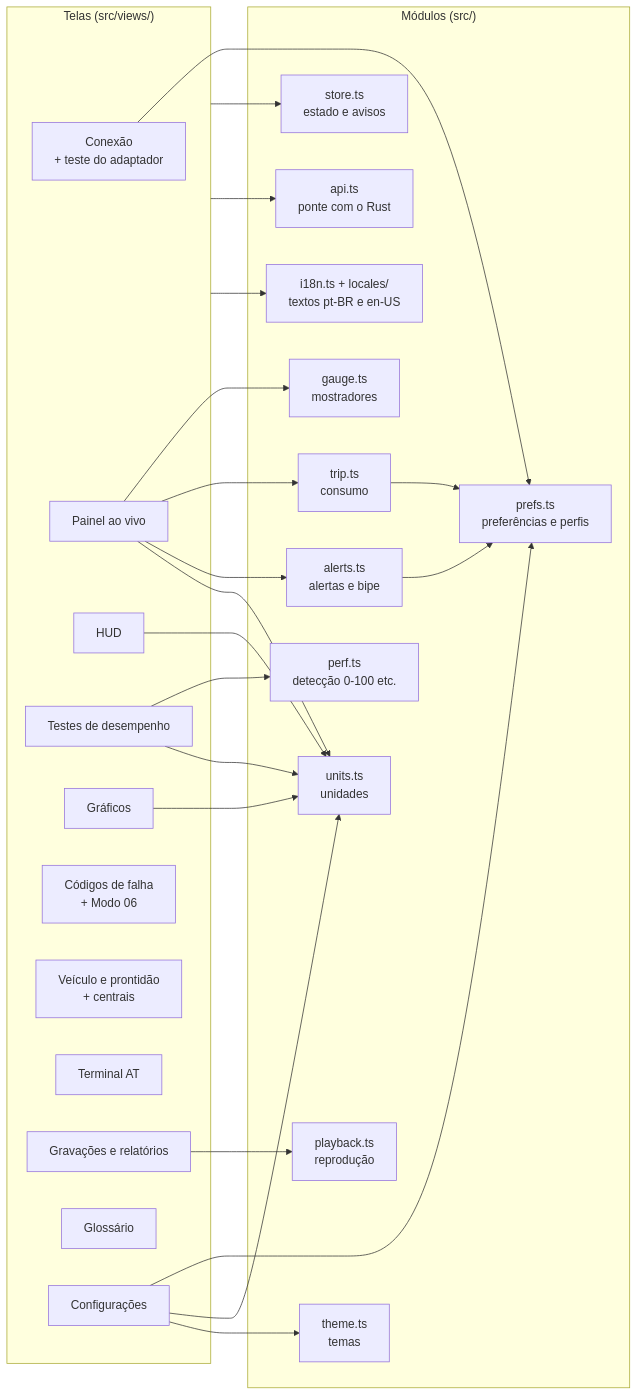
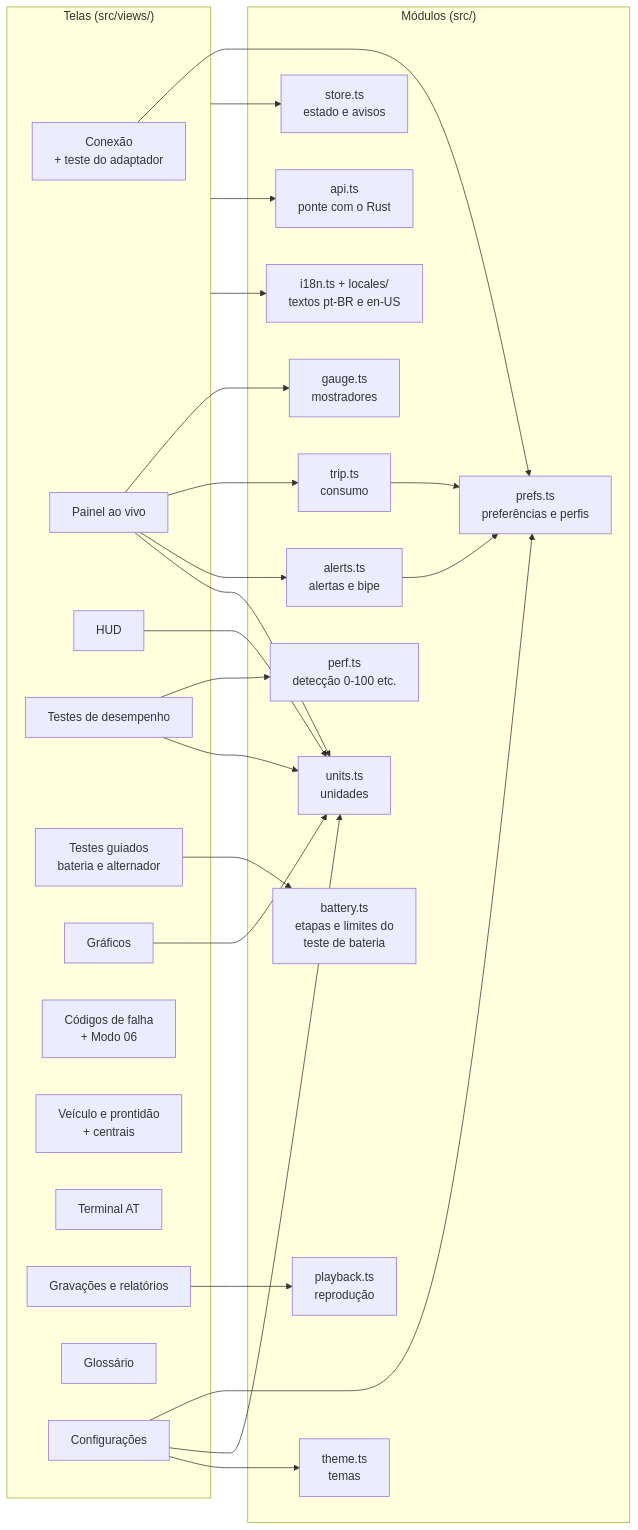
The eighth of 12 diagrams in docs/DIAGRAMAS.md (samuvieceli/obd2-scanner), drawn with Mermaid before and after one commit. The commit also changed 13 other files, not shown here.

First line of the commit message:
Testes guiados: bateria e alternador passo a passo

````diff
--- a/docs/DIAGRAMAS.md
+++ b/docs/DIAGRAMAS.md
@@ -200,39 +200,42 @@
 ```mermaid
 flowchart LR
     subgraph telas["Telas (src/views/)"]
         connection["Conexão<br/>+ teste do adaptador"]
         dashboard["Painel ao vivo"]
         hud["HUD"]
         performance["Testes de desempenho"]
+        guided["Testes guiados<br/>bateria e alternador"]
         charts["Gráficos"]
         diagnostics["Códigos de falha<br/>+ Modo 06"]
         vehicle["Veículo e prontidão<br/>+ centrais"]
         terminal["Terminal AT"]
         sessions["Gravações e relatórios"]
         glossary["Glossário"]
         settings["Configurações"]
     end
     subgraph modulos["Módulos (src/)"]
         store["store.ts<br/>estado e avisos"]
         api["api.ts<br/>ponte com o Rust"]
         trip["trip.ts<br/>consumo"]
         perf["perf.ts<br/>detecção 0-100 etc."]
+        battery["battery.ts<br/>etapas e limites do<br/>teste de bateria"]
         alerts["alerts.ts<br/>alertas e bipe"]
         playback["playback.ts<br/>reprodução"]
         prefs["prefs.ts<br/>preferências e perfis"]
         units["units.ts<br/>unidades"]
         gauge["gauge.ts<br/>mostradores"]
         theme["theme.ts<br/>temas"]
         i18n["i18n.ts + locales/<br/>textos pt-BR e en-US"]
     end
     dashboard --> gauge & trip & alerts
     performance --> perf
+    guided --> battery
     sessions --> playback
     settings --> prefs & units & theme
     connection --> prefs
     dashboard & hud & charts & performance --> units
     telas --> store
     telas --> api
     telas --> i18n
     trip & alerts --> prefs
 ```
````
